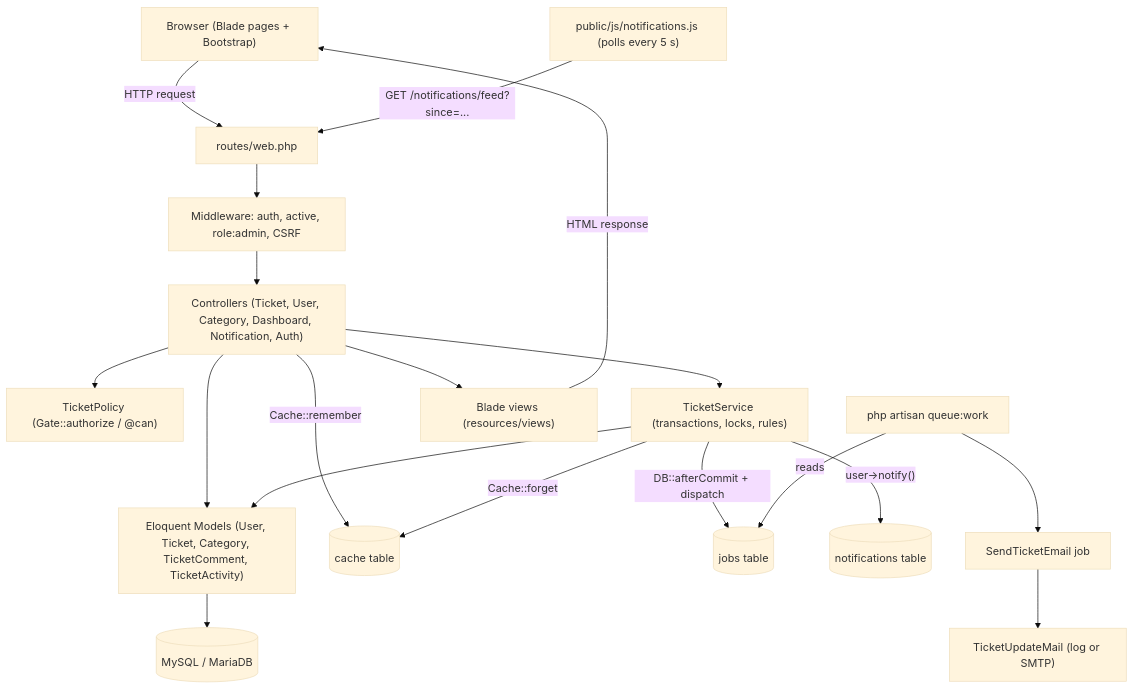
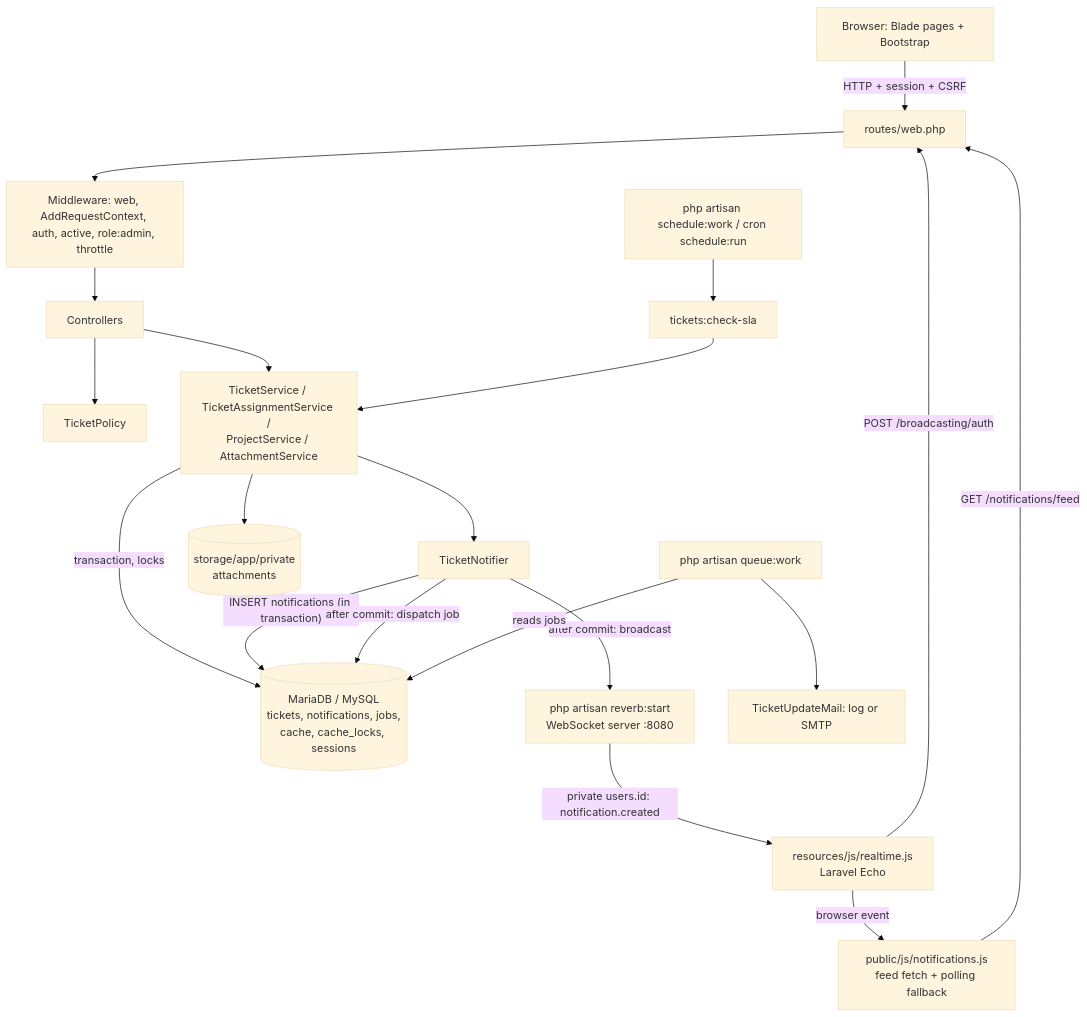
The second of 2 diagrams in docs/01-PROJECT-OVERVIEW.md (Saif-Mahmud-Khan-Dourjoy/ResolveDesk), drawn with Mermaid (base theme) before and after one commit. The commit also changed other lines of this file and 140 other files, not shown here.

````diff
--- a/docs/01-PROJECT-OVERVIEW.md
+++ b/docs/01-PROJECT-OVERVIEW.md
@@ -215,34 +271,37 @@
 ```mermaid
 flowchart TD
-    Browser["Browser (Blade pages + Bootstrap)"]
-    JS["public/js/notifications.js (polls every 5 s)"]
+    Browser["Browser: Blade pages + Bootstrap"]
+    PollJS["public/js/notifications.js<br/>feed fetch + polling fallback"]
+    EchoJS["resources/js/realtime.js<br/>Laravel Echo"]
     Routes["routes/web.php"]
-    MW["Middleware: auth, active, role:admin, CSRF"]
-    Ctrl["Controllers (Ticket, User, Category, Dashboard, Notification, Auth)"]
-    Policy["TicketPolicy (Gate::authorize / @can)"]
-    Service["TicketService (transactions, locks, rules)"]
-    Models["Eloquent Models (User, Ticket, Category, TicketComment, TicketActivity)"]
-    DB[("MySQL / MariaDB")]
-    Cache[("cache table")]
-    Jobs[("jobs table")]
-    Notif[("notifications table")]
+    MW["Middleware: web, AddRequestContext, auth, active, role:admin, throttle"]
+    Ctrl["Controllers"]
+    Policy["TicketPolicy"]
+    Services["TicketService / TicketAssignmentService /<br/>ProjectService / AttachmentService"]
+    Notifier["TicketNotifier"]
+    DB[("MariaDB / MySQL<br/>tickets, notifications, jobs,<br/>cache, cache_locks, sessions")]
+    Disk[("storage/app/private<br/>attachments")]
+    Reverb["php artisan reverb:start<br/>WebSocket server :8080"]
     Worker["php artisan queue:work"]
-    Job["SendTicketEmail job"]
-    Mail["TicketUpdateMail (log or SMTP)"]
-    Views["Blade views (resources/views)"]
+    Mail["TicketUpdateMail: log or SMTP"]
+    Sched["php artisan schedule:work / cron schedule:run"]
+    Cmd["tickets:check-sla"]
 
-    Browser -->|"HTTP request"| Routes
-    JS -->|"GET /notifications/feed?since=..."| Routes
+    Browser -->|"HTTP + session + CSRF"| Routes
+    PollJS -->|"GET /notifications/feed"| Routes
+    EchoJS -->|"POST /broadcasting/auth"| Routes
     Routes --> MW --> Ctrl
     Ctrl --> Policy
-    Ctrl --> Service
-    Ctrl --> Models
-    Ctrl -->|"Cache::remember"| Cache
-    Service --> Models --> DB
-    Service -->|"user->notify()"| Notif
-    Service -->|"DB::afterCommit + dispatch"| Jobs
-    Service -->|"Cache::forget"| Cache
-    Worker -->|"reads"| Jobs
-    Worker --> Job --> Mail
-    Ctrl --> Views -->|"HTML response"| Browser
+    Ctrl --> Services
+    Services -->|"transaction, locks"| DB
+    Services --> Disk
+    Services --> Notifier
+    Notifier -->|"INSERT notifications (in transaction)"| DB
+    Notifier -->|"after commit: broadcast"| Reverb
+    Notifier -->|"after commit: dispatch job"| DB
+    Reverb -->|"private users.id: notification.created"| EchoJS
+    EchoJS -->|"browser event"| PollJS
+    Worker -->|"reads jobs"| DB
+    Worker --> Mail
+    Sched --> Cmd --> Services
 ```
````
